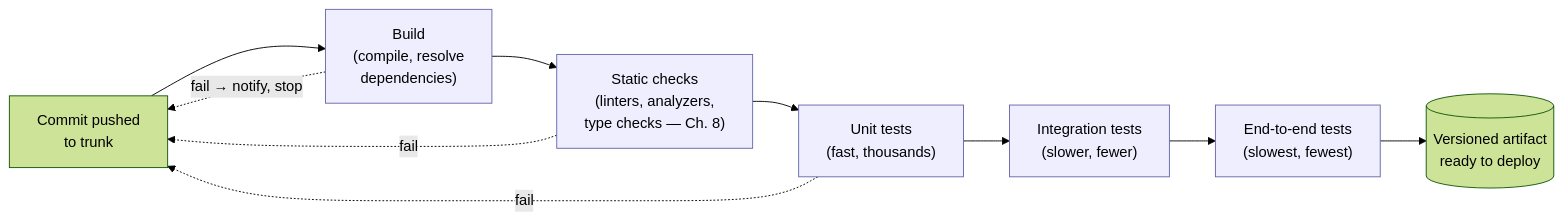
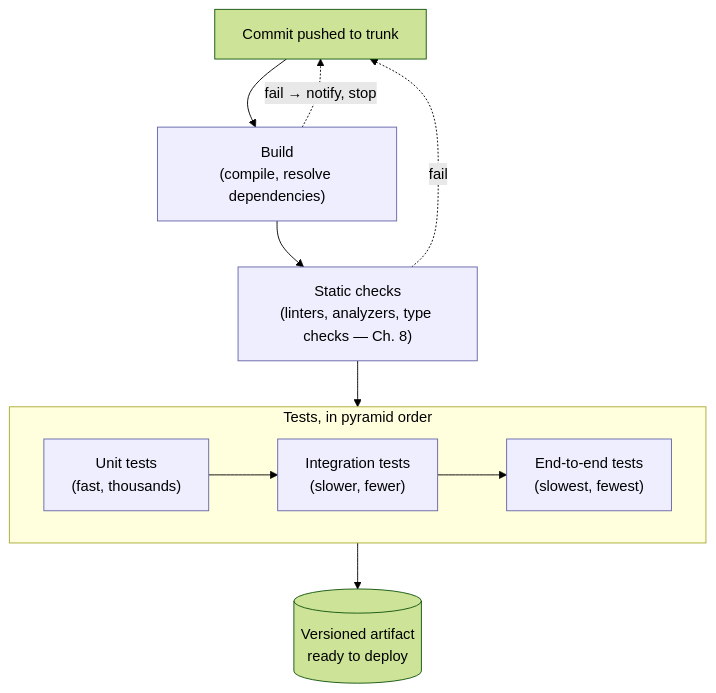
One commit to vrthra/open-swe-book changed the diagram in chapters/12-delivery/README.md. Above: the diagram before and after it, drawn with Mermaid (forest theme). The commit also changed 23 other files, not shown here.

Commit message:
Update tab order and fixed diagrams

````diff
--- a/chapters/12-delivery/README.md
+++ b/chapters/12-delivery/README.md
@@ -253,14 +253,18 @@
 ```mermaid
-flowchart LR
-    C["Commit pushed<br/>to trunk"] --> B["Build<br/>(compile, resolve<br/>dependencies)"]
-    B --> S["Static checks<br/>(linters, analyzers,<br/>type checks — Ch. 8)"]
-    S --> U["Unit tests<br/>(fast, thousands)"]
-    U --> I["Integration tests<br/>(slower, fewer)"]
-    I --> E["End-to-end tests<br/>(slowest, fewest)"]
-    E --> A[("Versioned artifact<br/>ready to deploy")]
+flowchart TD
+    C["Commit pushed to trunk"] --> B["Build<br/>(compile, resolve dependencies)"]
+    B --> S["Static checks<br/>(linters, analyzers, type checks — Ch. 8)"]
+    S --> T
+    subgraph T ["Tests, in pyramid order"]
+        direction LR
+        U["Unit tests<br/>(fast, thousands)"] --> I["Integration tests<br/>(slower, fewer)"]
+        I --> E["End-to-end tests<br/>(slowest, fewest)"]
+    end
+    T --> A[("Versioned artifact<br/>ready to deploy")]
     B -. "fail → notify, stop" .-> C
     S -. fail .-> C
-    U -. fail .-> C
     classDef stage fill:#eef,stroke:#66a,color:#000;
+    classDef band fill:#ffffde,stroke:#aaaa33,color:#000;
     class B,S,U,I,E stage;
+    class T band;
 ```
````
